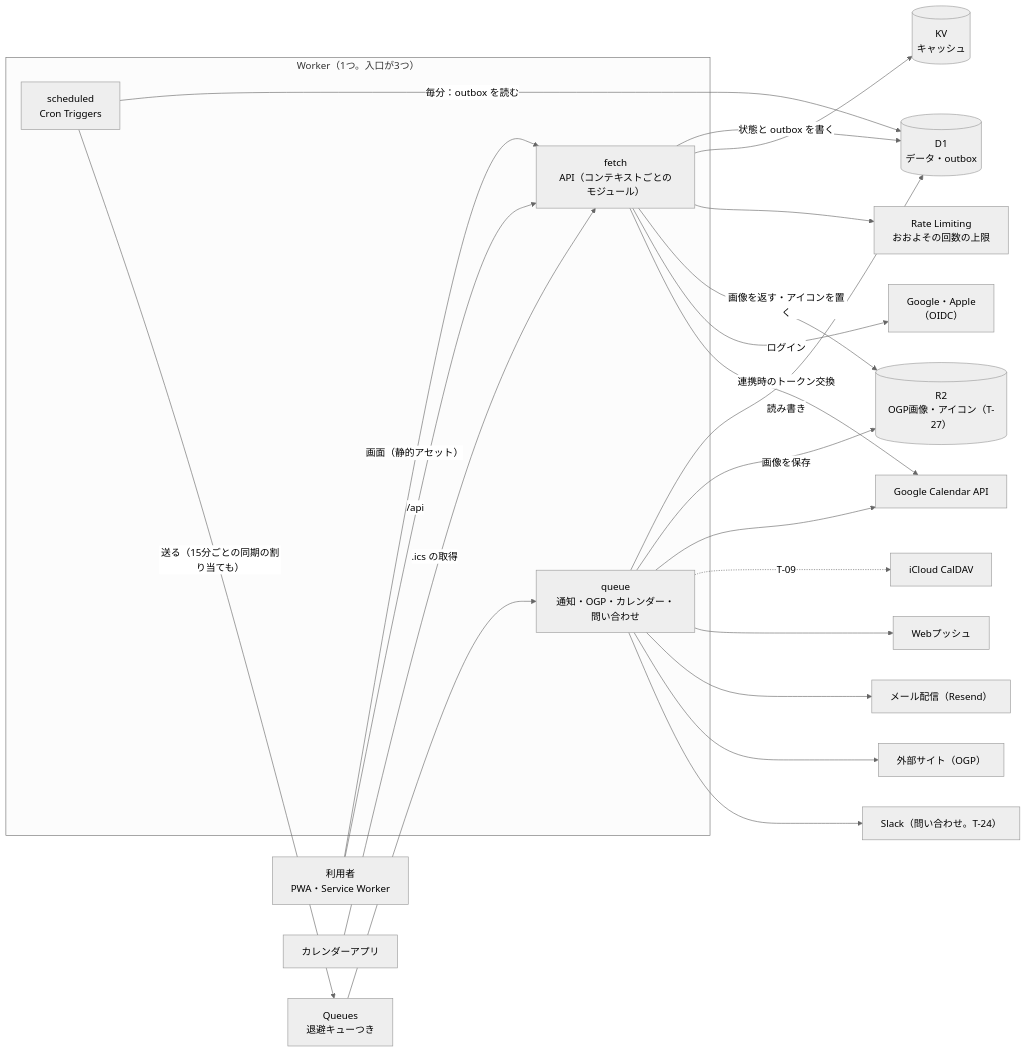
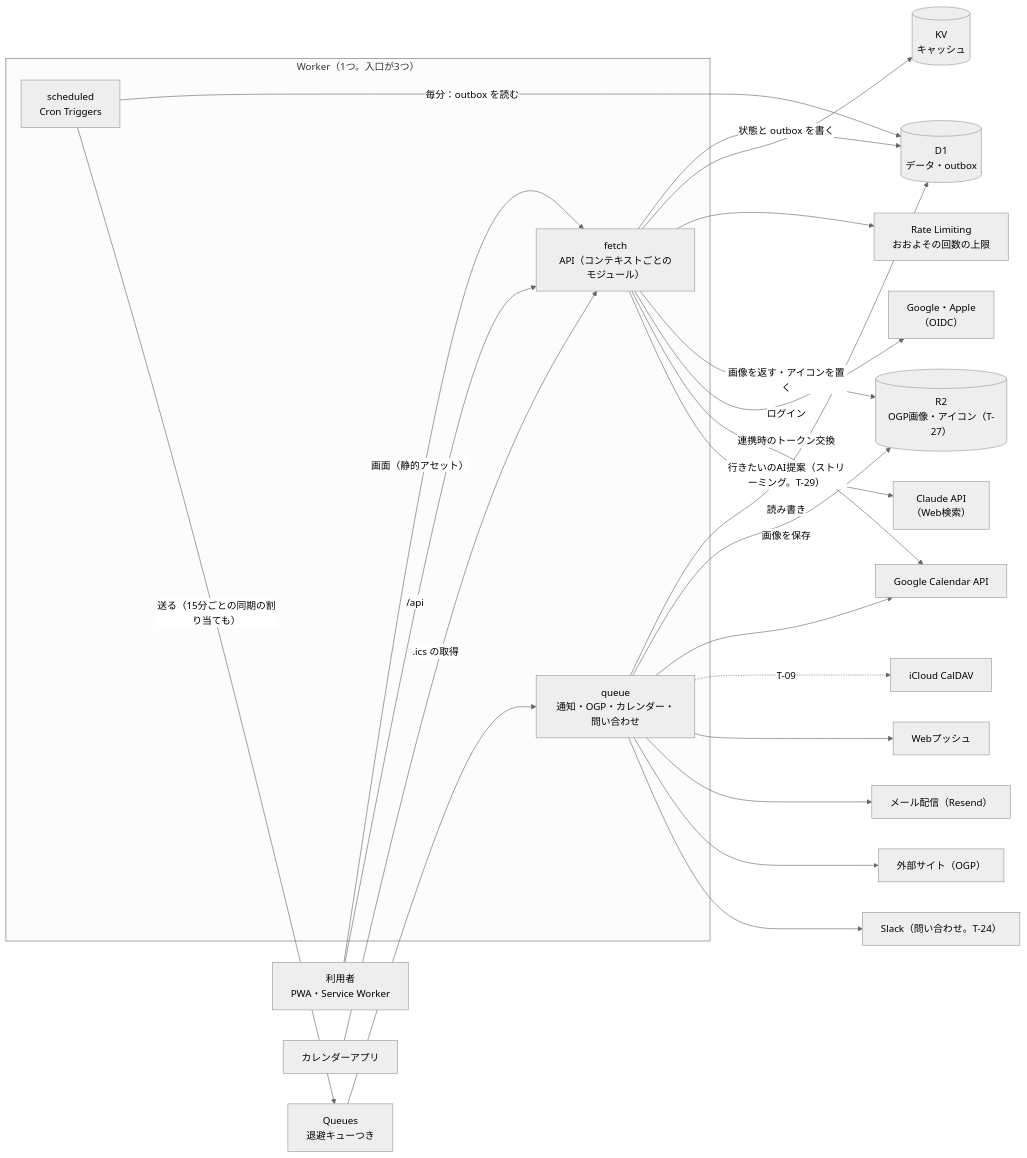
One commit to pryusei/kokohima-app changed the second of 2 diagrams in docs/requirements.md. Above: the diagram before and after it, drawn with Mermaid (neutral theme). The commit also changed other lines of this file and 45 other files, not shown here.

````diff
--- a/docs/requirements.md
+++ b/docs/requirements.md
@@ -113,28 +114,29 @@
 ```mermaid
 flowchart LR
   U["利用者<br/>PWA・Service Worker"] -->|"画面（静的アセット）"| A
   CA["カレンダーアプリ"] -->|".ics の取得"| A
   subgraph W["Worker（1つ。入口が3つ）"]
     A["fetch<br/>API（コンテキストごとのモジュール）"]
     S["scheduled<br/>Cron Triggers"]
     C["queue<br/>通知・OGP・カレンダー・問い合わせ"]
   end
   U -->|"/api"| A
   A -->|"状態と outbox を書く"| D1[("D1<br/>データ・outbox")]
   A --> KV[("KV<br/>キャッシュ")]
   A --> RL["Rate Limiting<br/>おおよその回数の上限"]
   A -->|"画像を返す・アイコンを置く"| R2[("R2<br/>OGP画像・アイコン（T-27）")]
   A -->|"ログイン"| ID["Google・Apple<br/>（OIDC）"]
   A -->|"連携時のトークン交換"| G
+  A -->|"行きたいのAI提案（ストリーミング。T-29）"| CL["Claude API<br/>（Web検索）"]
   S -->|"毎分：outbox を読む"| D1
   S -->|"送る（15分ごとの同期の割り当ても）"| Q["Queues<br/>退避キューつき"]
   Q --> C
   C -->|"読み書き"| D1
   C -->|"画像を保存"| R2
   C --> G["Google Calendar API"]
   C -.->|"T-09"| I["iCloud CalDAV"]
   C --> WP["Webプッシュ"]
   C --> M["メール配信（Resend）"]
   C --> SX["外部サイト（OGP）"]
   C --> SL["Slack（問い合わせ。T-24）"]
 ```
````
